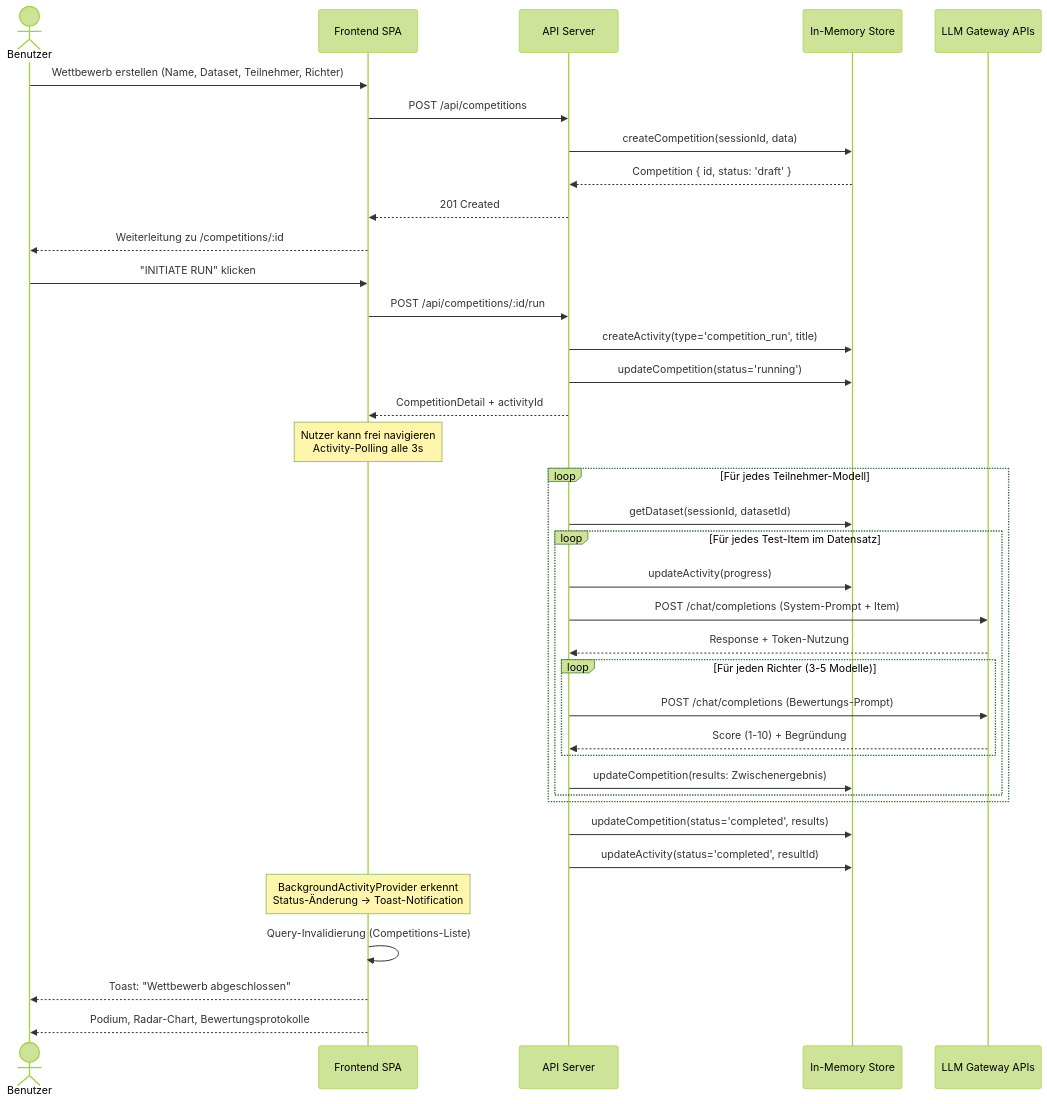
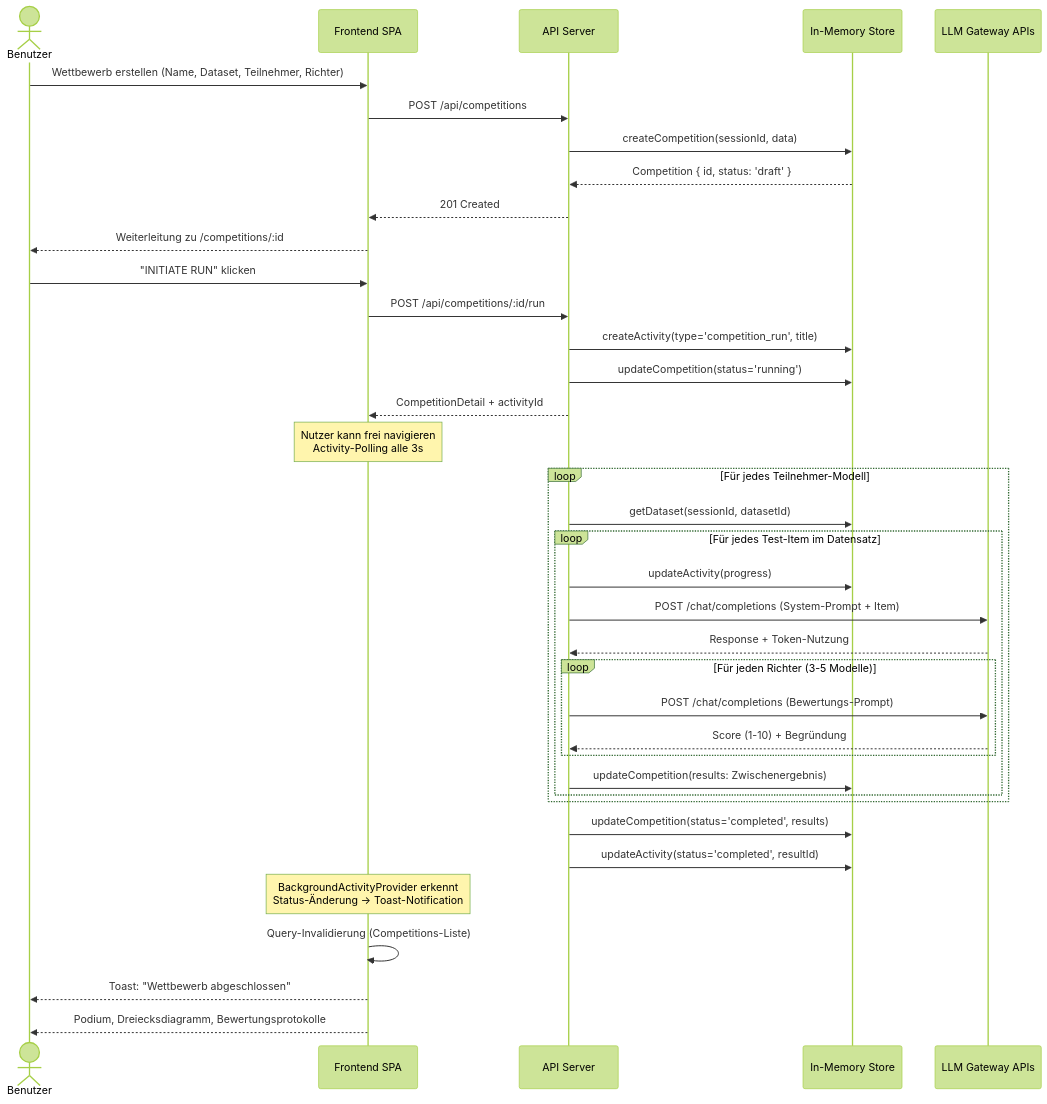
The ninth of 15 diagrams in arc42.md (merlinbecker/LLM-Eval-Games2026), drawn with Mermaid (forest theme) before and after one commit. The commit also changed other lines of this file and 14 other files, not shown here.

````diff
--- a/arc42.md
+++ b/arc42.md
@@ -467,45 +467,45 @@
 ```mermaid
 sequenceDiagram
     actor User as Benutzer
     participant FE as Frontend SPA
     participant API as API Server
     participant Store as In-Memory Store
     participant LLM as LLM Gateway APIs
 
     User->>FE: Wettbewerb erstellen (Name, Dataset, Teilnehmer, Richter)
     FE->>API: POST /api/competitions
     API->>Store: createCompetition(sessionId, data)
     Store-->>API: Competition { id, status: 'draft' }
     API-->>FE: 201 Created
     FE-->>User: Weiterleitung zu /competitions/:id
 
     User->>FE: "INITIATE RUN" klicken
     FE->>API: POST /api/competitions/:id/run
     API->>Store: createActivity(type='competition_run', title)
     API->>Store: updateCompetition(status='running')
     API-->>FE: CompetitionDetail + activityId
 
     Note over FE: Nutzer kann frei navigieren<br/>Activity-Polling alle 3s
 
     loop Für jedes Teilnehmer-Modell
         API->>Store: getDataset(sessionId, datasetId)
         loop Für jedes Test-Item im Datensatz
             API->>Store: updateActivity(progress)
             API->>LLM: POST /chat/completions (System-Prompt + Item)
             LLM-->>API: Response + Token-Nutzung
             loop Für jeden Richter (3-5 Modelle)
                 API->>LLM: POST /chat/completions (Bewertungs-Prompt)
                 LLM-->>API: Score (1-10) + Begründung
             end
             API->>Store: updateCompetition(results: Zwischenergebnis)
         end
     end
 
     API->>Store: updateCompetition(status='completed', results)
     API->>Store: updateActivity(status='completed', resultId)
 
     Note over FE: BackgroundActivityProvider erkennt<br/>Status-Änderung → Toast-Notification
     FE->>FE: Query-Invalidierung (Competitions-Liste)
     FE-->>User: Toast: "Wettbewerb abgeschlossen"
-    FE-->>User: Podium, Radar-Chart, Bewertungsprotokolle
+    FE-->>User: Podium, Dreiecksdiagramm, Bewertungsprotokolle
 ```
````
